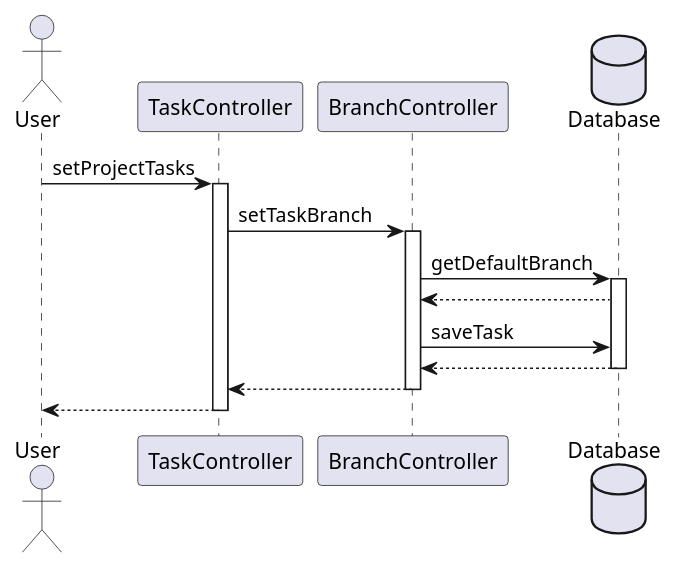
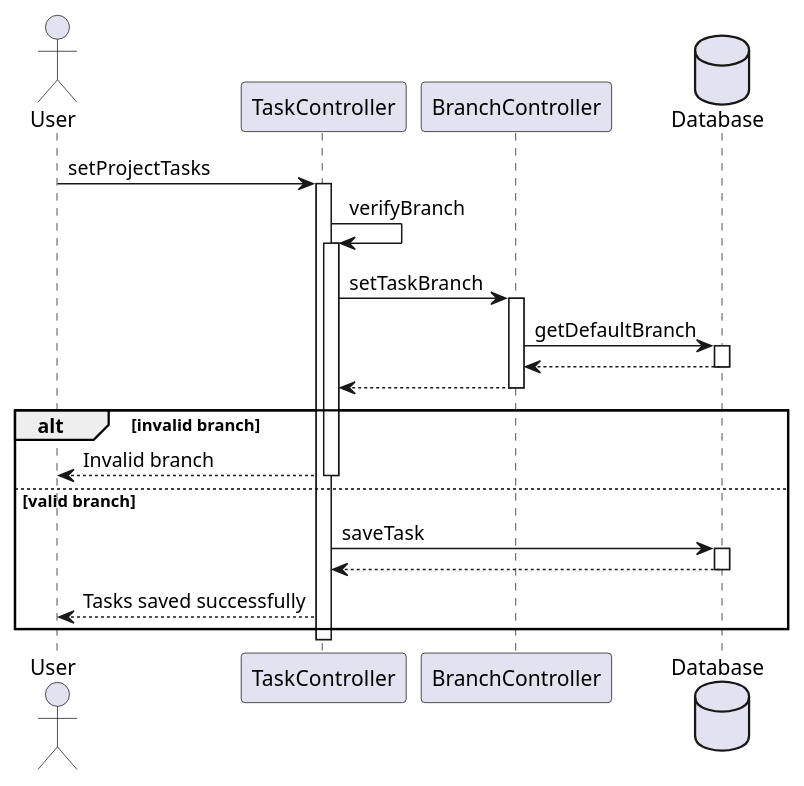
The diagram in docs/res/seq3.pu (imdar1/GitMonitor), drawn with PlantUML before and after one commit. The commit also changed 19 other files, not shown here.

```diff
--- a/docs/res/seq3.pu
+++ b/docs/res/seq3.pu
@@ -1,23 +1,33 @@
 @startuml sequence_diagram3
 actor User as user
 participant "TaskController" as a1
 participant "BranchController" as a2
 database "Database" as db
 
 user -> a1: setProjectTasks
 activate a1
 
+a1 -> a1: verifyBranch
+activate a1
 a1 -> a2: setTaskBranch
 activate a2
 a2 -> db: getDefaultBranch
 activate db
 db --> a2
-a2 -> db: saveTask
-db --> a2
 deactivate db
 a2 --> a1
 deactivate a2
-a1 --> user
+
+alt invalid branch
+    a1 --> user: Invalid branch
+    deactivate a1
+else valid branch
+    a1 -> db: saveTask
+    activate db
+    db --> a1
+    deactivate db
+    a1 --> user: Tasks saved successfully
+end
 deactivate a1
 
 @enduml
```
